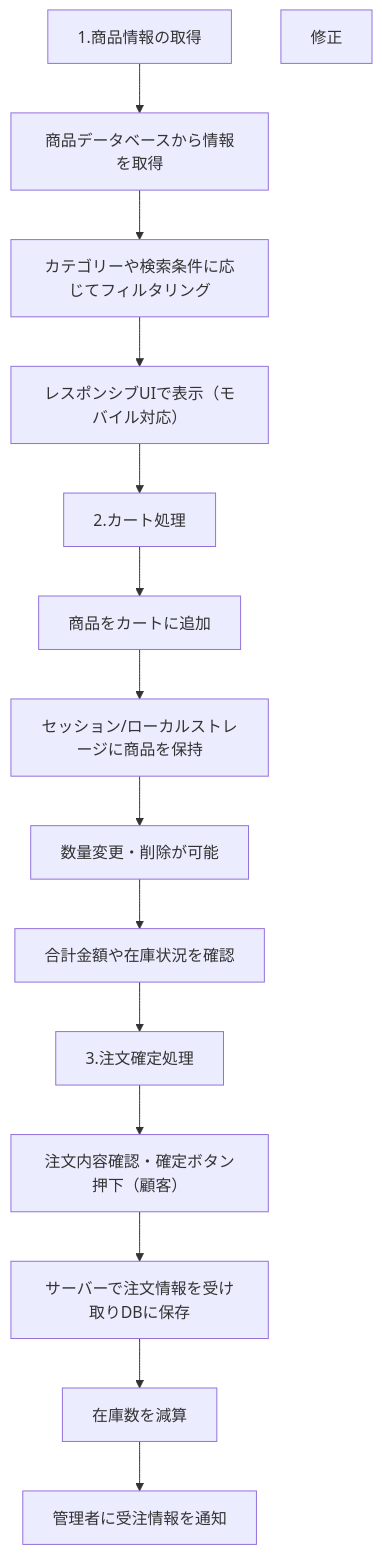
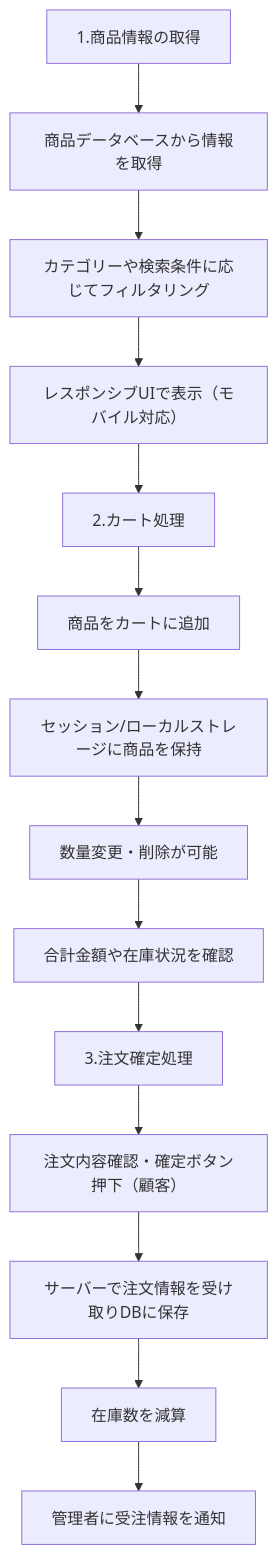
The third of 9 diagrams in 基本設計書/基本設計書.md (Rikumt12/Popcorn), drawn with Mermaid before and after one commit.

Commit message:
yamashita

````diff
--- a/基本設計書/基本設計書.md
+++ b/基本設計書/基本設計書.md
@@ -124,19 +124,18 @@
 ```mermaid
 graph TD
     A[1.商品情報の取得] --> B[商品データベースから情報を取得]
     B --> C[カテゴリーや検索条件に応じてフィルタリング]
     C --> D[レスポンシブUIで表示（モバイル対応）]
 
     D --> E[2.カート処理]
     E --> F[商品をカートに追加]
     F --> G[セッション/ローカルストレージに商品を保持]
     G --> H[数量変更・削除が可能]
     H --> I[合計金額や在庫状況を確認]
 
     I --> J[3.注文確定処理]
     J --> K[注文内容確認・確定ボタン押下（顧客）]
     K --> L[サーバーで注文情報を受け取りDBに保存]
     L --> M[在庫数を減算]
     M --> N[管理者に受注情報を通知]
-修正
 ```
````
